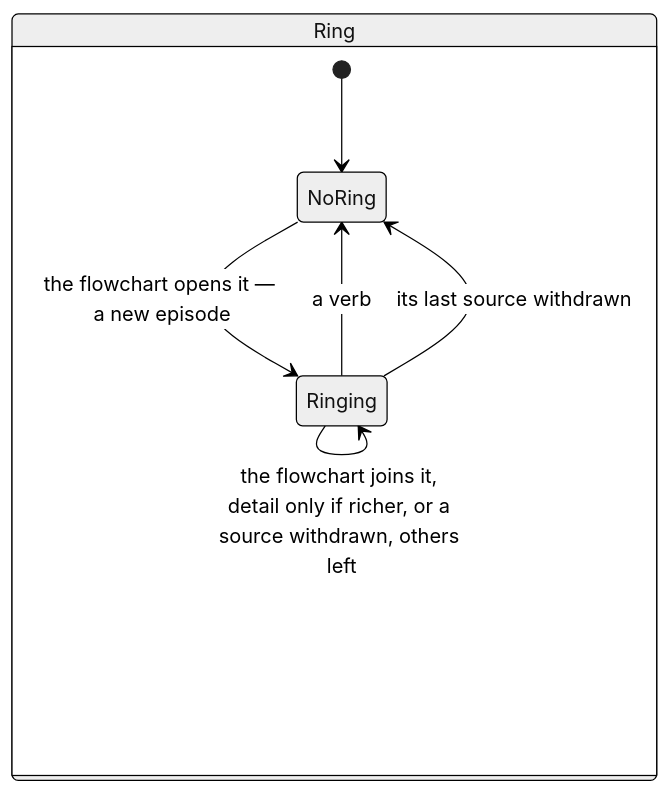
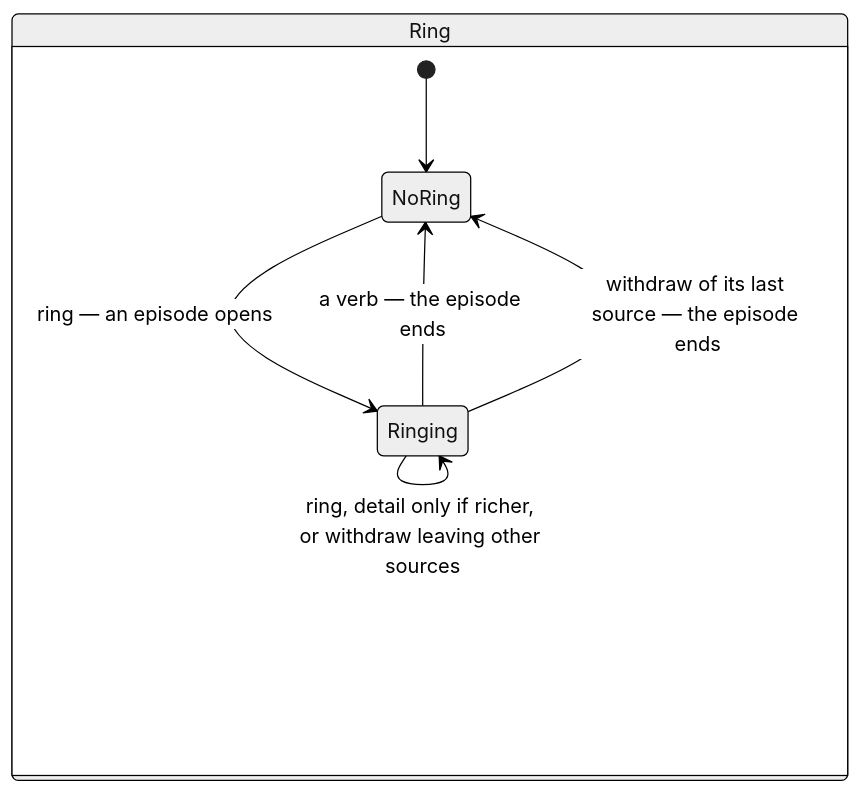
One commit to diffplug/dormouse changed the ninth of 16 diagrams in docs/specs/alert.md. Above: the diagram before and after it, drawn with Mermaid (neutral theme). The commit also changed other lines of this file and 3 other files, not shown here.

````diff
--- a/docs/specs/alert.md
+++ b/docs/specs/alert.md
@@ -201,10 +243,10 @@
 ```mermaid
 stateDiagram-v2
   state "Ring" as Ring {
     [*] --> NoRing
-    NoRing --> Ringing: the flowchart opens it — a new episode
-    Ringing --> Ringing: the flowchart joins it, detail only if richer, or a source withdrawn, others left
-    Ringing --> NoRing: a verb
-    Ringing --> NoRing: its last source withdrawn
+    NoRing --> Ringing: ring — an episode opens
+    Ringing --> Ringing: ring, detail only if richer, or withdraw leaving other sources
+    Ringing --> NoRing: a verb — the episode ends
+    Ringing --> NoRing: withdraw of its last source — the episode ends
   }
 ```
````
